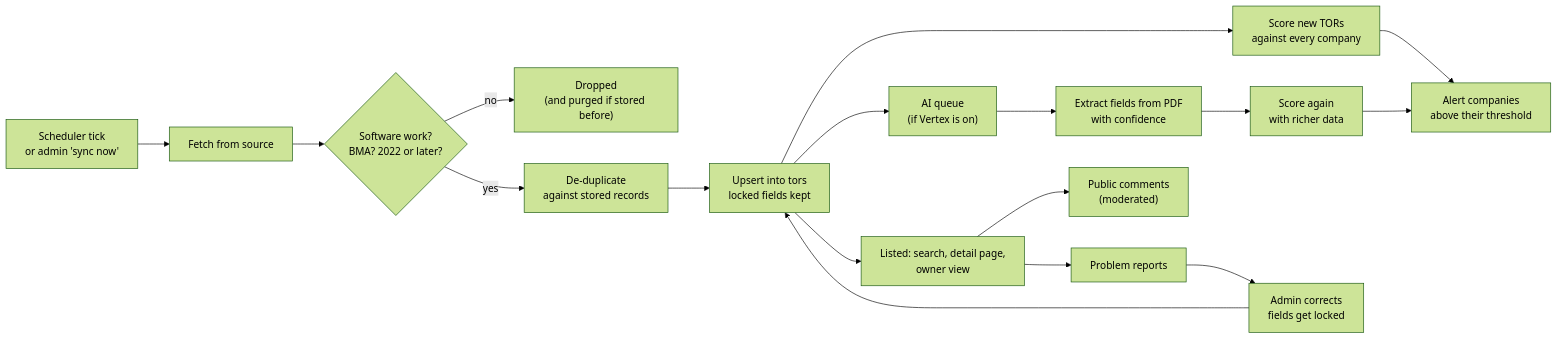
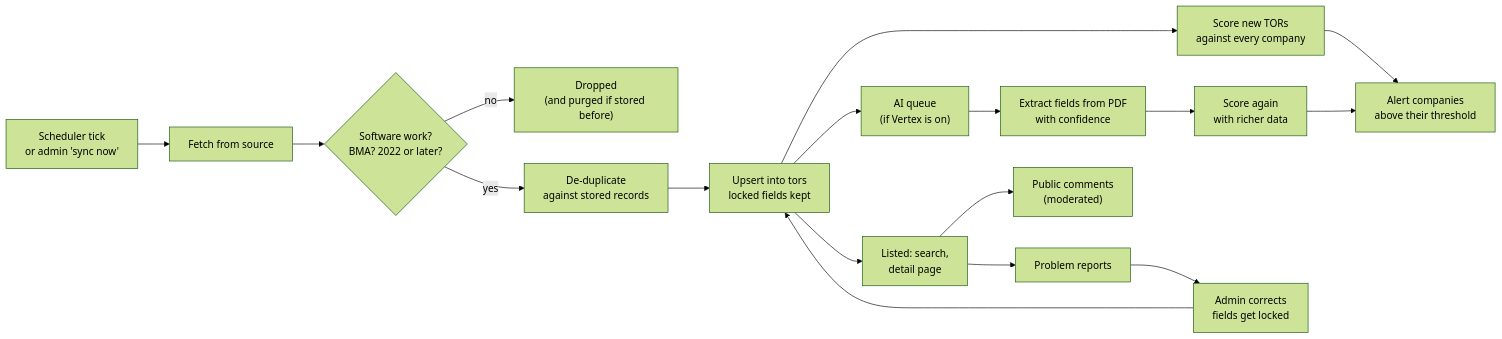
The second of 2 diagrams in docs/architecture.md (PhomMaiWai/TorFinder), drawn with Mermaid (forest theme) before and after one commit. The commit also changed other lines of this file and 26 other files, not shown here.

````diff
--- a/docs/architecture.md
+++ b/docs/architecture.md
@@ -117,17 +118,17 @@
 ```mermaid
 flowchart LR
     S["Scheduler tick<br/>or admin 'sync now'"] --> F["Fetch from source"]
     F --> W{"Software work?<br/>BMA? 2022 or later?"}
     W -- no --> X["Dropped<br/>(and purged if stored before)"]
     W -- yes --> D["De-duplicate<br/>against stored records"]
     D --> U["Upsert into tors<br/>locked fields kept"]
     U --> M1["Score new TORs<br/>against every company"]
     U --> Q["AI queue<br/>(if Vertex is on)"]
     Q --> E["Extract fields from PDF<br/>with confidence"]
     E --> M2["Score again<br/>with richer data"]
     M1 & M2 --> A["Alert companies<br/>above their threshold"]
-    U --> V["Listed: search, detail page,<br/>owner view"]
+    U --> V["Listed: search,<br/>detail page"]
     V --> C["Public comments<br/>(moderated)"]
     V --> R["Problem reports"] --> K["Admin corrects<br/>fields get locked"]
     K --> U
 ```
````
